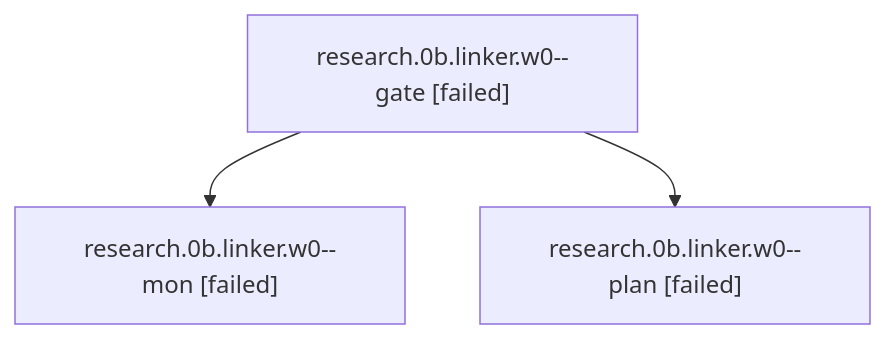
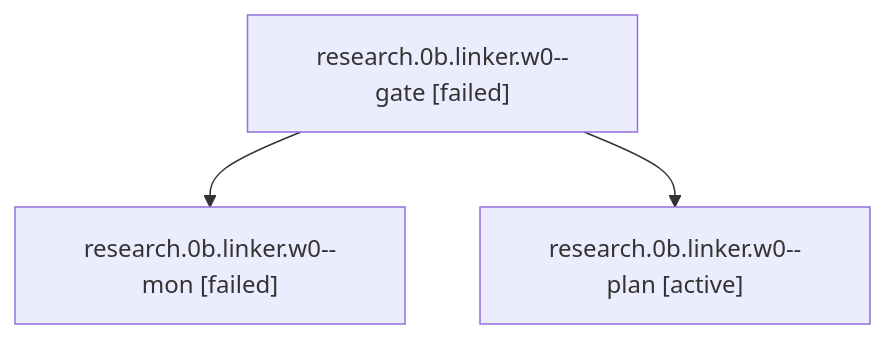
One commit to sase-org/sase--agents changed the diagram in sessions/bbugyi200.apollo.research.0b.linker.w0.md. Above: the diagram before and after it, drawn with Mermaid. The commit also changed other lines of this file and 481 other files, not shown here.

````diff
--- a/sessions/bbugyi200.apollo.research.0b.linker.w0.md
+++ b/sessions/bbugyi200.apollo.research.0b.linker.w0.md
@@ -9,8 +9,8 @@
 ```mermaid
 flowchart TD
   n0["research.0b.linker.w0--gate [failed]"]
   n1["research.0b.linker.w0--mon [failed]"]
   n0 --> n1
-  n2["research.0b.linker.w0--plan [failed]"]
+  n2["research.0b.linker.w0--plan [active]"]
   n0 --> n2
 ```
````
